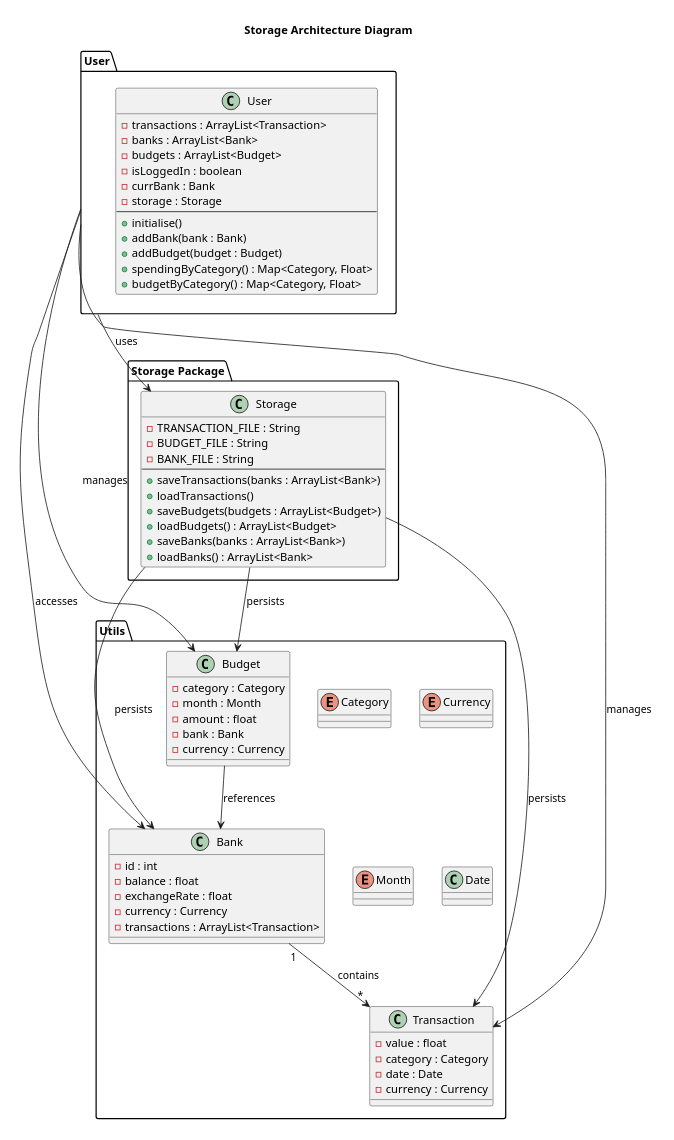
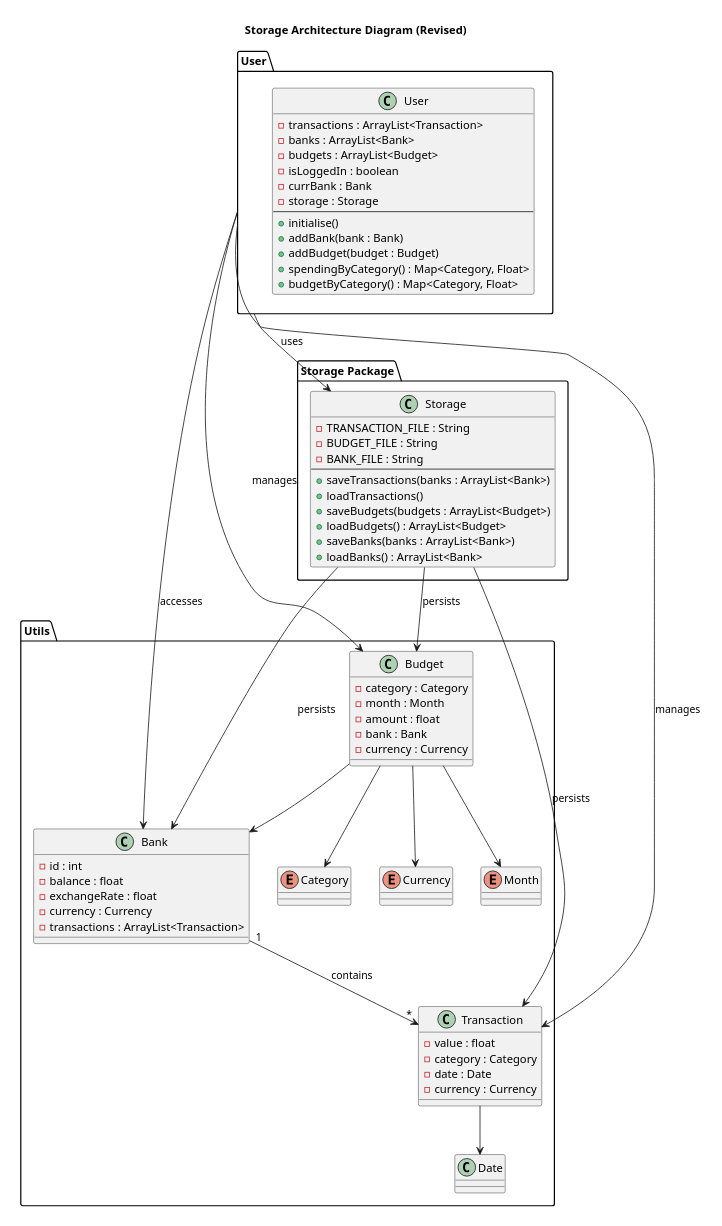
One commit to AY2526S1-CS2113-W10-2/tp changed the diagram in docs/team/Storage/Storage.puml. Above: the diagram before and after it, drawn with PlantUML. The commit also changed 23 other files, not shown here.

```diff
--- a/docs/team/Storage/Storage.puml
+++ b/docs/team/Storage/Storage.puml
@@ -1,91 +1,97 @@
 @startuml
 scale 0.4
-title Storage Architecture Diagram
+title Storage Architecture Diagram (Revised)
 
 ' =======================
 ' USER PACKAGE
 ' =======================
 package "User" {
     class User {
         - transactions : ArrayList<Transaction>
         - banks : ArrayList<Bank>
         - budgets : ArrayList<Budget>
         - isLoggedIn : boolean
         - currBank : Bank
         - storage : Storage
         --
         + initialise()
         + addBank(bank : Bank)
         + addBudget(budget : Budget)
         + spendingByCategory() : Map<Category, Float>
         + budgetByCategory() : Map<Category, Float>
     }
 }
 
 ' =======================
 ' STORAGE PACKAGE
 ' =======================
 package "Storage Package" {
     class Storage {
         - TRANSACTION_FILE : String
         - BUDGET_FILE : String
         - BANK_FILE : String
         --
         + saveTransactions(banks : ArrayList<Bank>)
         + loadTransactions()
         + saveBudgets(budgets : ArrayList<Budget>)
         + loadBudgets() : ArrayList<Budget>
         + saveBanks(banks : ArrayList<Bank>)
         + loadBanks() : ArrayList<Bank>
     }
 }
 
 ' =======================
 ' UTILS PACKAGE
 ' =======================
 package "Utils" {
     class Bank {
         - id : int
         - balance : float
         - exchangeRate : float
         - currency : Currency
         - transactions : ArrayList<Transaction>
     }
 
     class Transaction {
         - value : float
         - category : Category
         - date : Date
         - currency : Currency
     }
 
     class Budget {
         - category : Category
         - month : Month
         - amount : float
         - bank : Bank
         - currency : Currency
     }
 
     enum Category
     enum Currency
     enum Month
     class Date
 }
 
 ' =======================
 ' RELATIONSHIPS
 ' =======================
 User --> Storage : uses
 User --> Bank : accesses
 User --> Budget : manages
 User --> Transaction : manages
 
 Storage --> Bank : persists
 Storage --> Budget : persists
 Storage --> Transaction : persists
 
 Bank "1" --> "*" Transaction : contains
-Budget --> Bank : references
+Budget --> Bank
+
+' Added per feedback
+Transaction --> Date
+Budget --> Category
+Budget --> Currency
+Budget --> Month
 
 @enduml
```
